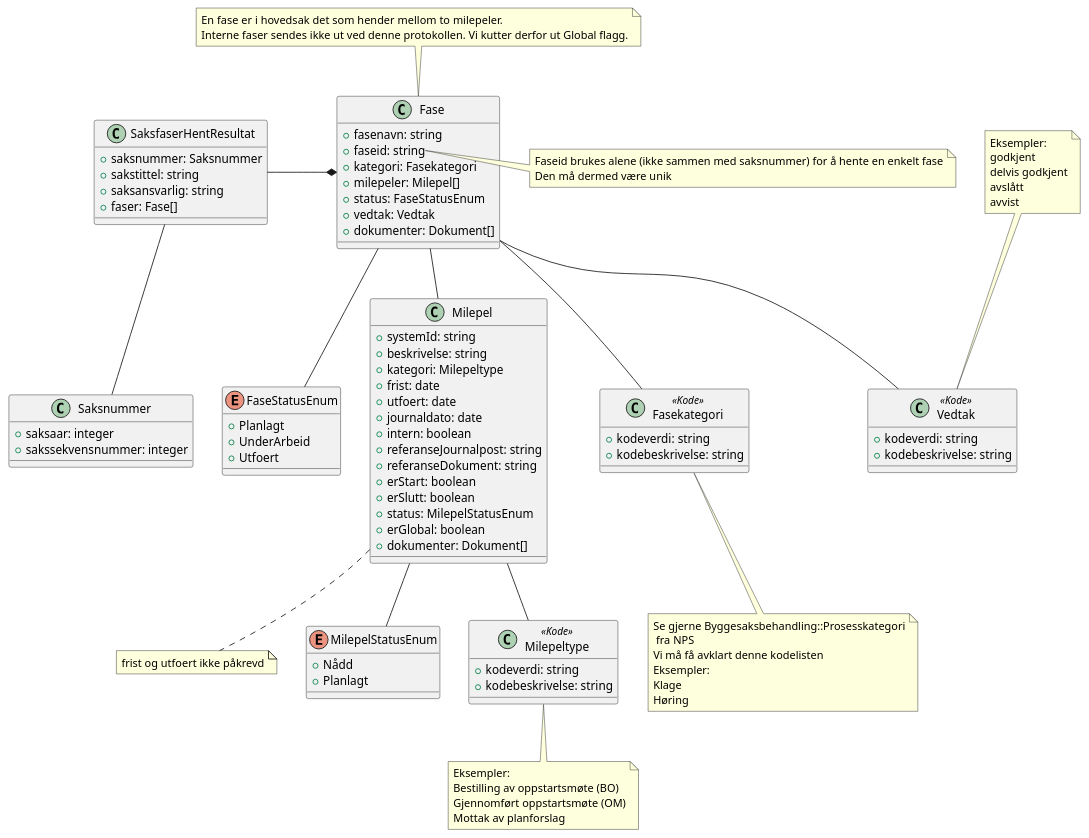
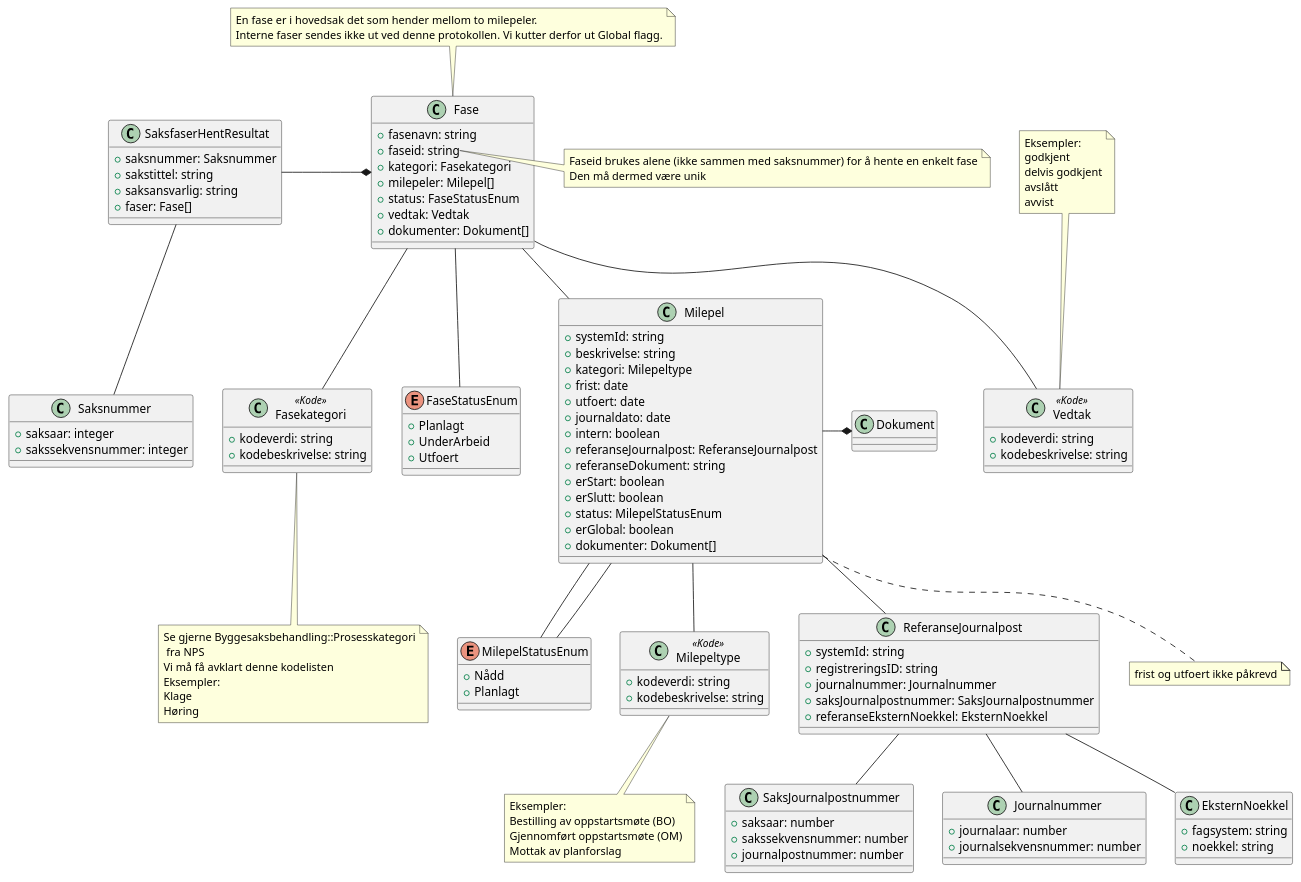
Before and after one commit to ks-no/fiks-saksfaser-specification: the diagram in Dokumentasjon/V1/ClassDiagrams/no.ks.fiks.saksfaser.v1.saksfaser.hent.resultat/classdiagram.pu, drawn with PlantUML. The commit also changed 14 other files, not shown here.

```diff
--- a/Dokumentasjon/V1/ClassDiagrams/no.ks.fiks.saksfaser.v1.saksfaser.hent.resultat/classdiagram.pu
+++ b/Dokumentasjon/V1/ClassDiagrams/no.ks.fiks.saksfaser.v1.saksfaser.hent.resultat/classdiagram.pu
@@ -1,96 +1,128 @@
 @startuml
 class SaksfaserHentResultat {
     +saksnummer: Saksnummer
     +sakstittel: string
     +saksansvarlig: string
     +faser: Fase[]
 }
 
 SaksfaserHentResultat -* Fase
 SaksfaserHentResultat -- Saksnummer
 
 note top of Fase : En fase er i hovedsak det som hender mellom to milepeler.\nInterne faser sendes ikke ut ved denne protokollen. Vi kutter derfor ut Global flagg. 
 
 class Fase {
     +fasenavn: string
     +faseid: string
     +kategori: Fasekategori
     +milepeler: Milepel[]
     +status: FaseStatusEnum
     +vedtak: Vedtak
     +dokumenter: Dokument[]
 }
 
 note right of Fase::faseid
     Faseid brukes alene (ikke sammen med saksnummer) for å hente en enkelt fase
     Den må dermed være unik 
 end note
 
 class Fasekategori <<Kode>> {
     +kodeverdi: string
     +kodebeskrivelse: string
 }
 
 note bottom of Fasekategori : Se gjerne Byggesaksbehandling::Prosesskategori\n fra NPS\nVi må få avklart denne kodelisten\nEksempler:\nKlage\nHøring 
 
 
 Fase -- Fasekategori
 Fase -- Vedtak
 
 note top of Vedtak : Eksempler:\ngodkjent\ndelvis godkjent\navslått\navvist 
 
 class Vedtak <<Kode>> {
     +kodeverdi: string
     +kodebeskrivelse: string
 }
 
 Fase -- FaseStatusEnum
 
 enum FaseStatusEnum {
     +Planlagt
     +UnderArbeid
     +Utfoert
 }
 
 Fase -- Milepel
 
 note bottom of Milepel: frist og utfoert ikke påkrevd
 
 class Milepel {
     +systemId: string
     +beskrivelse: string
     +kategori: Milepeltype
     +frist: date
     +utfoert: date
     +journaldato: date
     +intern: boolean
-    +referanseJournalpost: string
+    +referanseJournalpost: ReferanseJournalpost
     +referanseDokument: string
     +erStart: boolean
     +erSlutt: boolean
     +status: MilepelStatusEnum
     +erGlobal: boolean
     +dokumenter: Dokument[]
 }
 
 Milepel -- MilepelStatusEnum
 Milepel -- Milepeltype
 
 note bottom of Milepeltype : Eksempler: \nBestilling av oppstartsmøte (BO)\nGjennomført oppstartsmøte (OM)\nMottak av planforslag
  
+Milepel -- ReferanseJournalpost
+ 
+class ReferanseJournalpost {
+    +systemId: string
+    +registreringsID: string
+    +journalnummer: Journalnummer
+    +saksJournalpostnummer: SaksJournalpostnummer
+    +referanseEksternNoekkel: EksternNoekkel
+}
+
+Milepel -- MilepelStatusEnum
+Milepel -* Dokument
+ReferanseJournalpost -- EksternNoekkel
+ReferanseJournalpost -- SaksJournalpostnummer
+ReferanseJournalpost -- Journalnummer
+
+class SaksJournalpostnummer {
+    +saksaar: number
+    +sakssekvensnummer: number
+    +journalpostnummer: number
+}
+
+class Journalnummer {
+    +journalaar: number
+    +journalsekvensnummer: number
+}
+
+class EksternNoekkel {
+    +fagsystem: string
+    +noekkel: string
+}
+
 class Milepeltype <<Kode>> {
     +kodeverdi: string
     +kodebeskrivelse: string
 }
 
 enum MilepelStatusEnum {
     +Nådd
     +Planlagt
 }
 
 class Saksnummer {
     +saksaar: integer
     +sakssekvensnummer: integer 
 }
 
 @enduml
```
